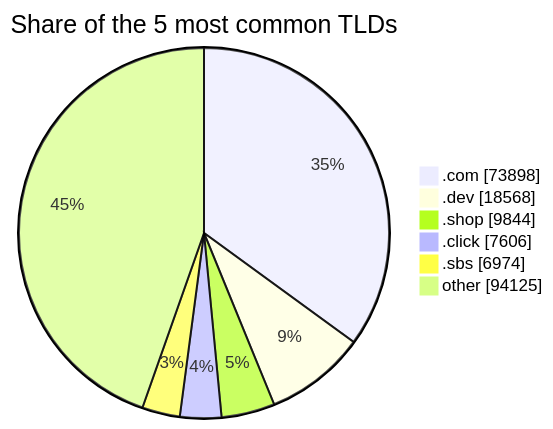
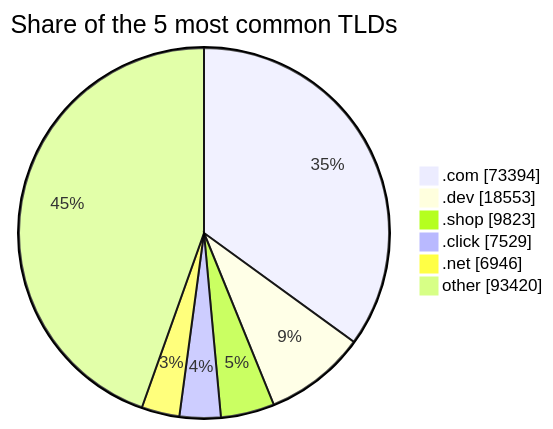
One commit to DNSBunker/CTI changed the third of 3 diagrams in README.md. Above: the diagram before and after it, drawn with Mermaid. The commit also changed other lines of this file and 3 other files, not shown here.

````diff
--- a/README.md
+++ b/README.md
@@ -81,9 +81,9 @@
 ```mermaid
 pie showData title Share of the 5 most common TLDs
-    ".com" : 73898
-    ".dev" : 18568
-    ".shop" : 9844
-    ".click" : 7606
-    ".sbs" : 6974
-    "other" : 94125
+    ".com" : 73394
+    ".dev" : 18553
+    ".shop" : 9823
+    ".click" : 7529
+    ".net" : 6946
+    "other" : 93420
 ```
````
